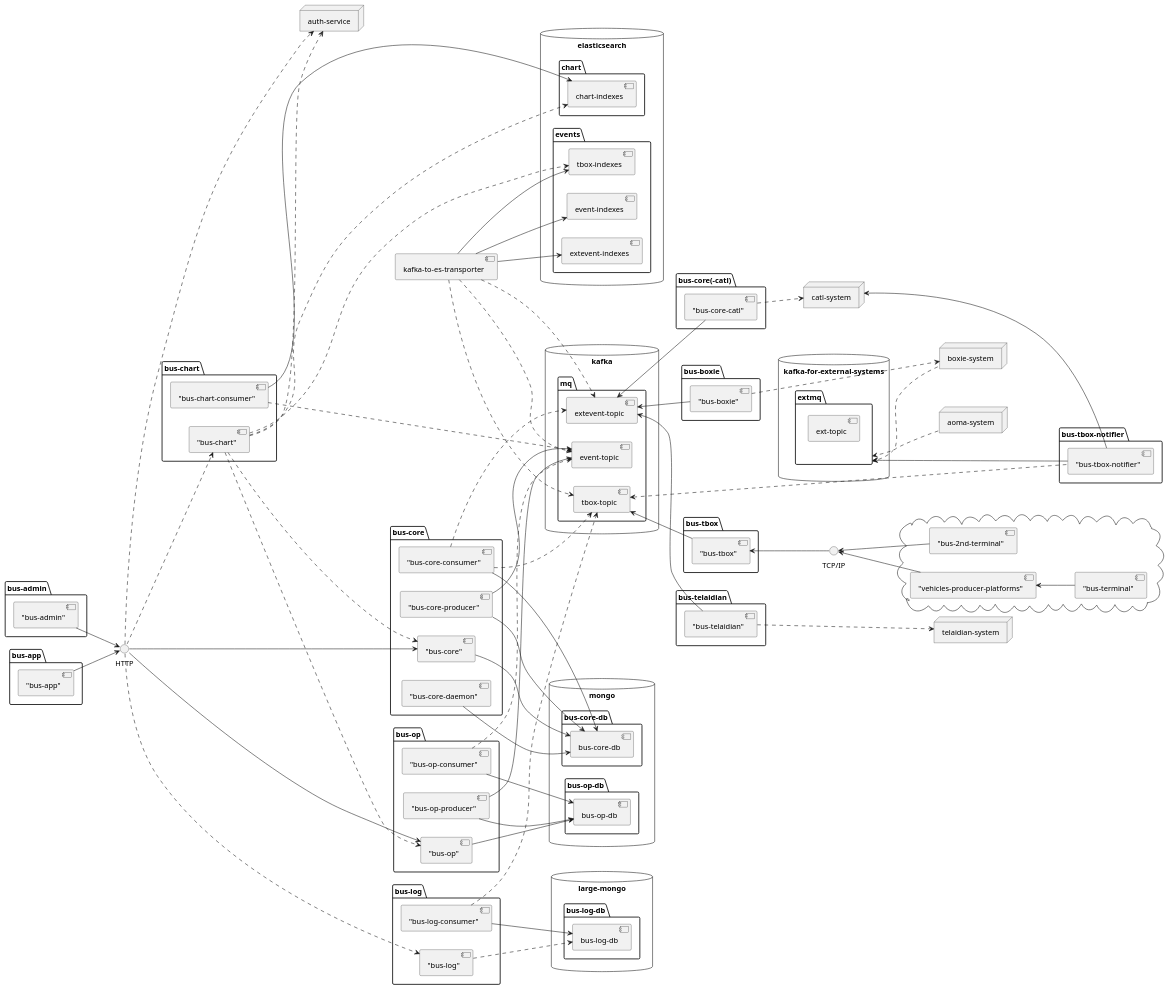
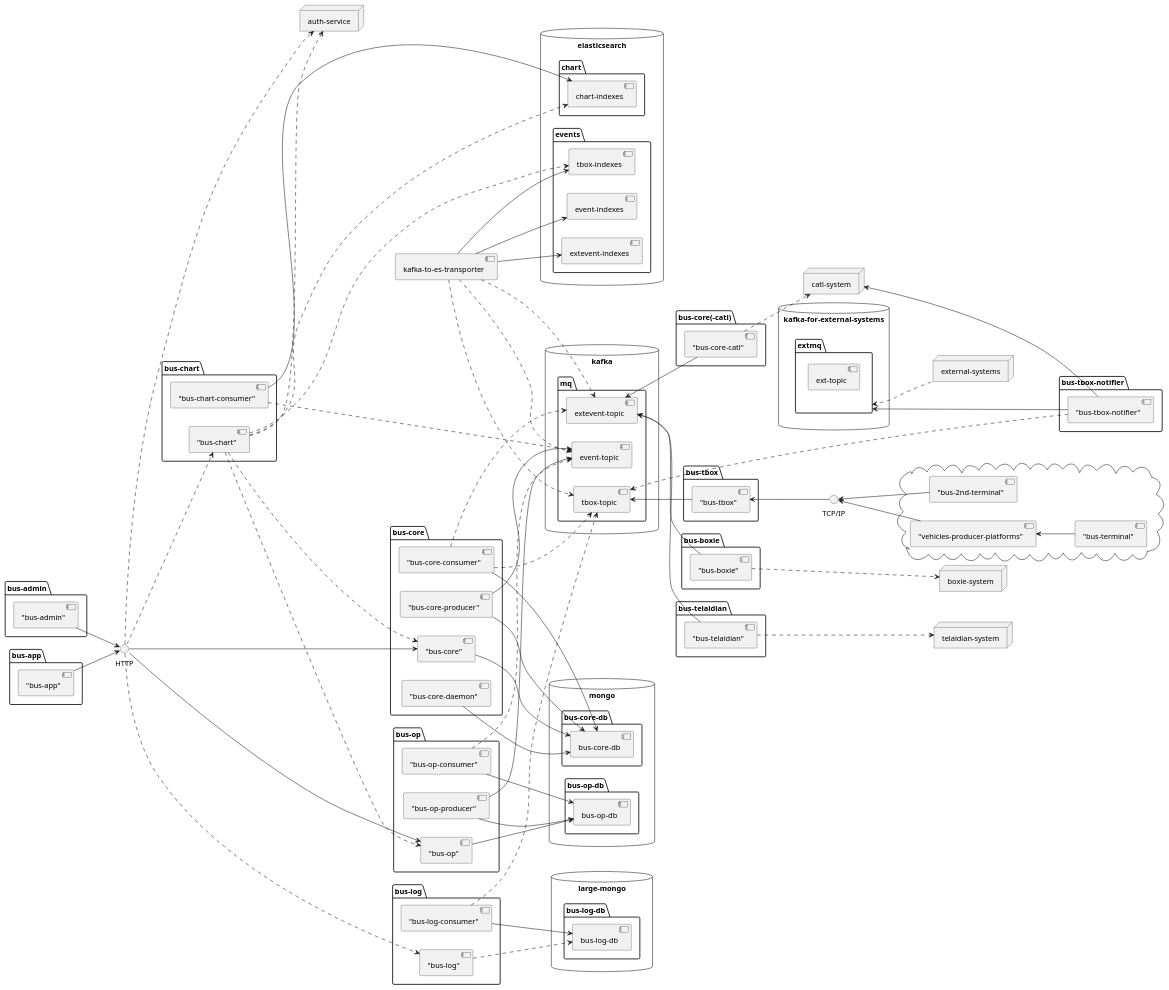
One commit to 36node/bus-docs changed the diagram in arch/component-and-connector.iuml. Above: the diagram before and after it, drawn with PlantUML. The commit also changed 1 other file, not shown here.

```diff
--- a/arch/component-and-connector.iuml
+++ b/arch/component-and-connector.iuml
@@ -1,153 +1,152 @@
 @startuml
 
 left to right direction
 
 interface "TCP/IP" as tcpip
 
 cloud {
     tcpip <-- ["bus-2nd-terminal"]
     tcpip <-- ["vehicles-producer-platforms"]
     ["vehicles-producer-platforms"] <-- ["bus-terminal"]
 }
 
 
 interface "HTTP" as http
 
 database mongo {
     folder "bus-core-db" {
         ["bus-core-db"]
     }
     folder "bus-op-db" {
         ["bus-op-db"]
     }
 }
 
 database "large-mongo" {
     folder "bus-log-db" {
         ["bus-log-db"]
     }
 }
 
 database elasticsearch {
     folder "chart" {
         ["chart-indexes"]
     }
     folder "events" {
         ["tbox-indexes"]
         ["event-indexes"]
         ["extevent-indexes"]
     }
 }
 
 database kafka {
     folder [mq] {
         ["tbox-topic"]
         ["event-topic"]
         ["extevent-topic"]
     }
 }
 
 database "kafka-for-external-systems" {
     folder [extmq] {
         ["ext-topic"]
     }
 }
 
 component "kafka-to-es-transporter" as transporter
 transporter ...> ["tbox-topic"]
 transporter ...> ["event-topic"]
 transporter ...> ["extevent-topic"]
 transporter ---> ["tbox-indexes"]
 transporter ---> ["event-indexes"]
 transporter ---> ["extevent-indexes"]
 
 node "catl-system" as catlsys
 
 package "bus-tbox" {
     ["bus-tbox"] <-- tcpip
     ["tbox-topic"] <-- ["bus-tbox"]
 }
 
 package "bus-core" {      
     ["bus-core-consumer"] ...> ["tbox-topic"]
     ["bus-core-consumer"] ...> ["extevent-topic"]
     ["bus-core-consumer"] ---> ["bus-core-db"]
     ["bus-core"] as buscore
     buscore ---> ["bus-core-db"]
     http --> buscore
     ["bus-core-daemon"] ---> ["bus-core-db"]
     ["bus-core-producer"] ---> ["bus-core-db"]
     ["bus-core-producer"] ---> ["event-topic"]
 }
 
 package "bus-core(-catl)" {
     ["bus-core-catl"] ..> catlsys
     ["extevent-topic"] <-- ["bus-core-catl"]
 }
 
 package "bus-op" {
     ["bus-op-consumer"] ...> ["event-topic"]
     ["bus-op-consumer"] ---> ["bus-op-db"]
     ["bus-op"] as busop
     busop ---> ["bus-op-db"]
     http --> busop
     ["bus-op-producer"] ---> ["bus-op-db"]
     ["bus-op-producer"] ---> ["event-topic"]
 }
 
 package "bus-log" {
     ["bus-log-consumer"] ...> ["tbox-topic"]
     ["bus-log-consumer"] ---> ["bus-log-db"]
     ["bus-log"] as buslog
     http ..> buslog
     buslog ...> ["bus-log-db"]
 }
 
 node "auth-service" as authservice
 http ..> authservice
 
 package "bus-chart" {
     ["bus-chart-consumer"] ....> ["event-topic"]
     ["bus-chart-consumer"] -----> ["chart-indexes"]
     ["bus-chart"] as buschart
     http ..> buschart
     buschart .....> ["chart-indexes"]
     buschart .....> ["tbox-indexes"]
     buschart ..> authservice
     buschart ...> buscore
     buschart ...> busop
 }
 
-node "aoma-system" as aomasys
-extmq <.. aomasys
+node "external-systems" as extsys
+extmq <.. extsys
 
 node "boxie-system" as boxiesys
-extmq <.. boxiesys
 
 package "bus-boxie" {
     ["bus-boxie"] ...> boxiesys
     ["extevent-topic"] <-- ["bus-boxie"]
 }
 
 node "telaidian-system" as telaidiansys
 
 package "bus-telaidian" {
     ["bus-telaidian"] ...> telaidiansys
     ["extevent-topic"] <-- ["bus-telaidian"] 
 }
 
 package "bus-tbox-notifier" {
     ["tbox-topic"] <.. ["bus-tbox-notifier"]
     catlsys <--- ["bus-tbox-notifier"]
     extmq <--- ["bus-tbox-notifier"]
 }
 
 package "bus-admin" {
     ["bus-admin"] --> http
 }
 
 package "bus-app" {
     ["bus-app"] --> http
 }
 
 @enduml
```
